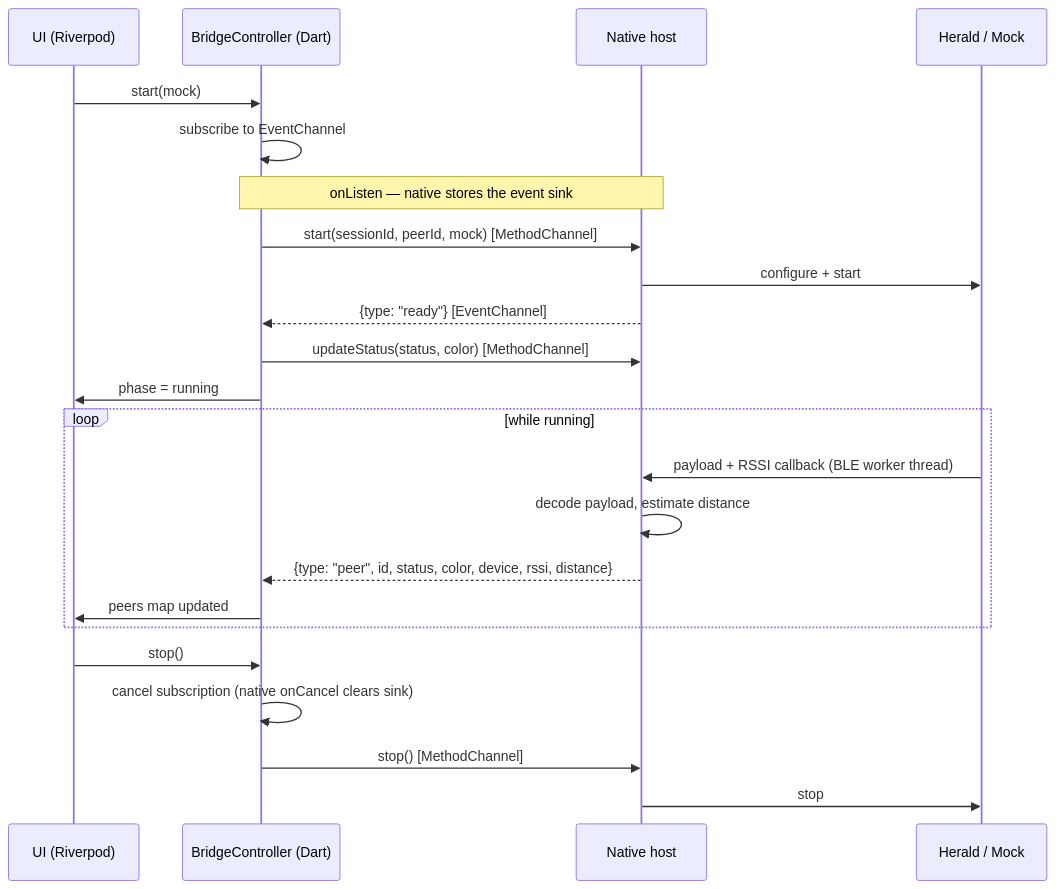
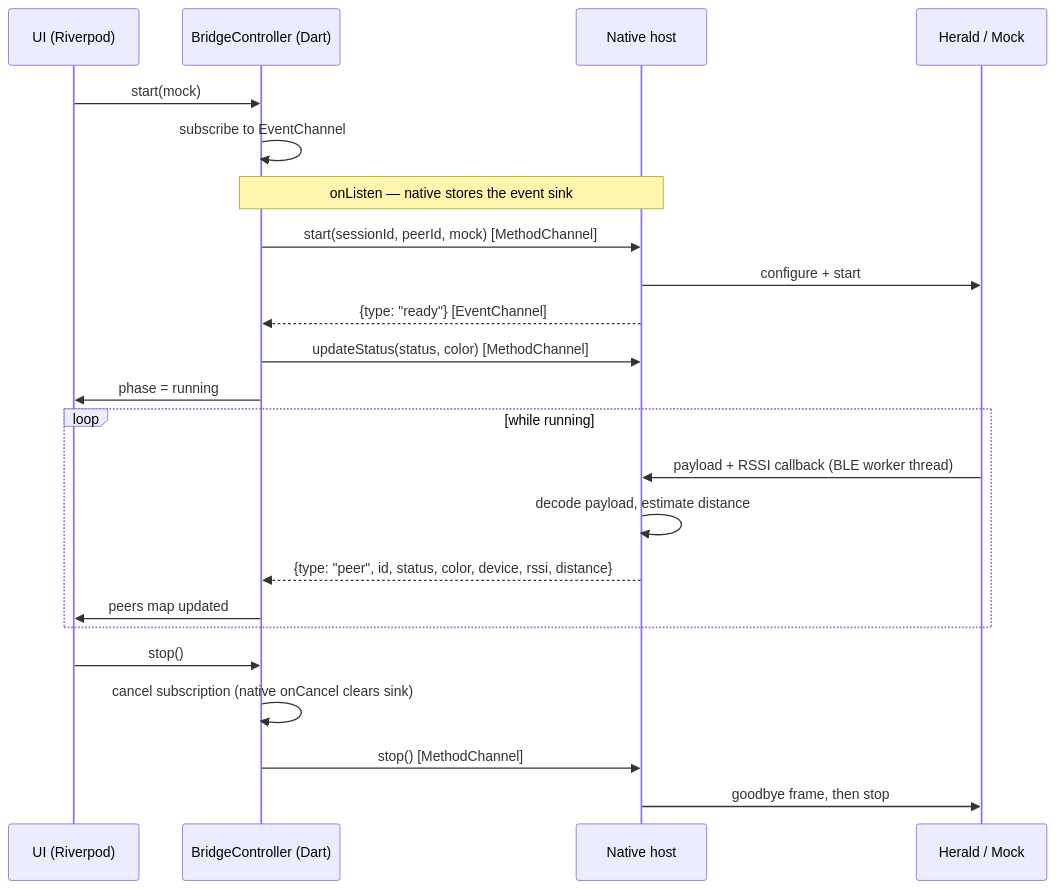
The first of 2 diagrams in docs/architecture.md (agrozdani/flutter-ble-proximity-bridge), drawn with Mermaid before and after one commit. The commit also changed other lines of this file and 4 other files, not shown here.

````diff
--- a/docs/architecture.md
+++ b/docs/architecture.md
@@ -22,28 +22,28 @@
 ```mermaid
 sequenceDiagram
     participant UI as UI (Riverpod)
     participant BC as BridgeController (Dart)
     participant N as Native host
     participant H as Herald / Mock
 
     UI->>BC: start(mock)
     BC->>BC: subscribe to EventChannel
     Note over BC,N: onListen — native stores the event sink
     BC->>N: start(sessionId, peerId, mock)  [MethodChannel]
     N->>H: configure + start
     N-->>BC: {type: "ready"}  [EventChannel]
     BC->>N: updateStatus(status, color)  [MethodChannel]
     BC->>UI: phase = running
 
     loop while running
         H->>N: payload + RSSI callback (BLE worker thread)
         N->>N: decode payload, estimate distance
         N-->>BC: {type: "peer", id, status, color, device, rssi, distance}
         BC->>UI: peers map updated
     end
 
     UI->>BC: stop()
     BC->>BC: cancel subscription (native onCancel clears sink)
     BC->>N: stop()  [MethodChannel]
-    N->>H: stop
+    N->>H: goodbye frame, then stop
 ```
````
